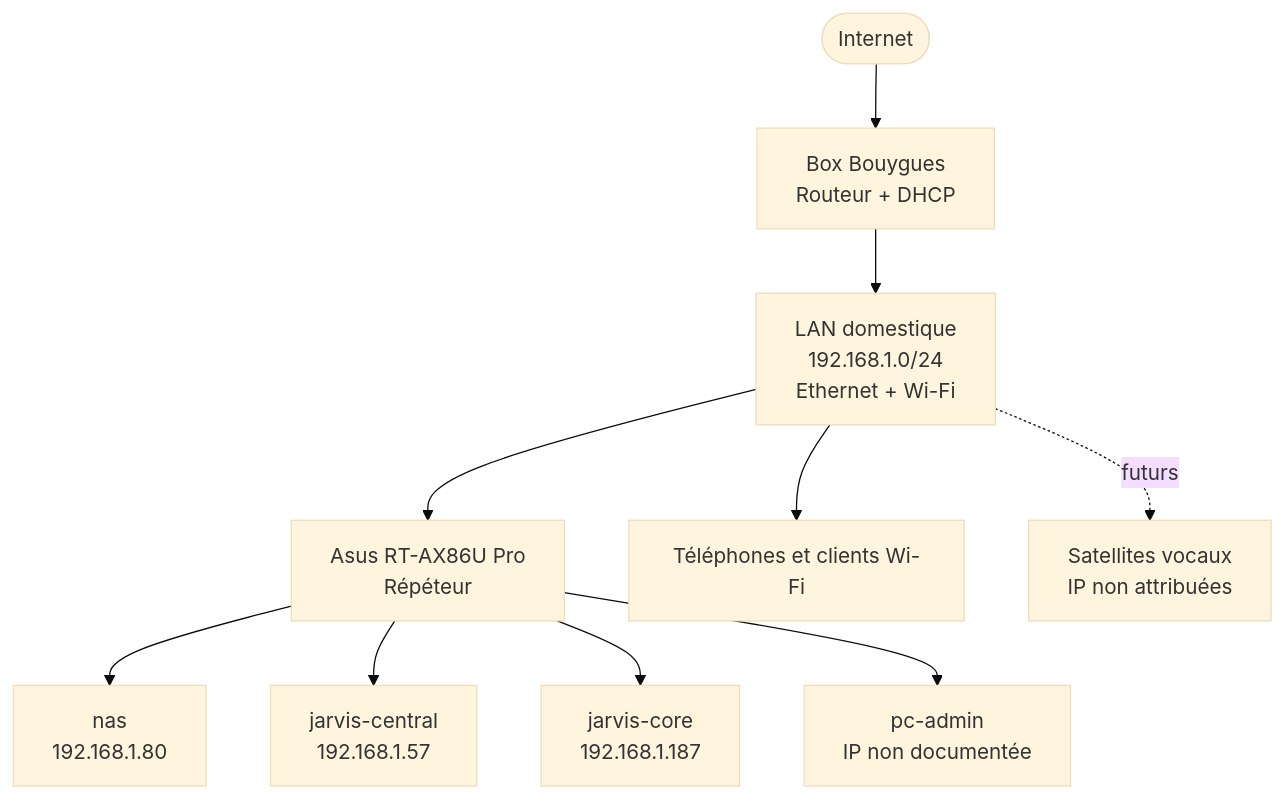
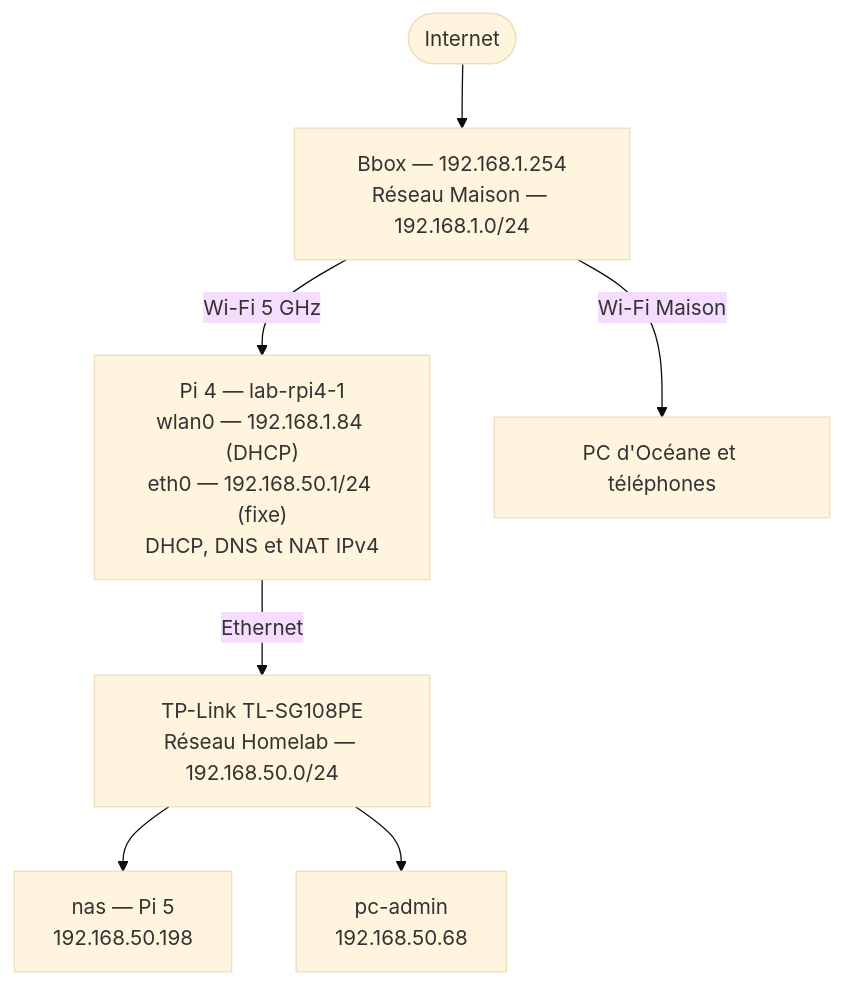
One commit to LaoTseu0/homelab changed the first of 5 diagrams in reference-homelab.md. Above: the diagram before and after it, drawn with Mermaid (base theme). The commit also changed other lines of this file and 112 other files, not shown here.

Commit message:
Structurer le homelab et déployer lab-studio avec Ansible

````diff
--- a/reference-homelab.md
+++ b/reference-homelab.md
@@ -58,15 +59,14 @@
 ```mermaid
 flowchart TB
     Internet(["Internet"])
-    Box["Box Bouygues<br/>Routeur + DHCP"]
-    LAN["LAN domestique<br/>192.168.1.0/24<br/>Ethernet + Wi-Fi"]
-    Asus["Asus RT-AX86U Pro<br/>Répéteur"]
+    Box["Bbox — 192.168.1.254<br/>Réseau Maison — 192.168.1.0/24"]
+    Pi4["Pi 4 — lab-rpi4-1<br/>wlan0 — 192.168.1.84 (DHCP)<br/>eth0 — 192.168.50.1/24 (fixe)<br/>DHCP, DNS et NAT IPv4"]
+    Switch["TP-Link TL-SG108PE<br/>Réseau Homelab — 192.168.50.0/24"]
 
-    Internet --> Box --> LAN --> Asus
-    Asus --> NAS["nas<br/>192.168.1.80"]
-    Asus --> Central["jarvis-central<br/>192.168.1.57"]
-    Asus --> Core["jarvis-core<br/>192.168.1.187"]
-    Asus --> Admin["pc-admin<br/>IP non documentée"]
-    LAN --> Family["Téléphones et clients Wi-Fi"]
-    LAN -.->|"futurs"| Satellites["Satellites vocaux<br/>IP non attribuées"]
+    Internet --> Box
+    Box -->|"Wi-Fi Maison"| Family["PC d'Océane et téléphones"]
+    Box -->|"Wi-Fi 5 GHz"| Pi4
+    Pi4 -->|"Ethernet"| Switch
+    Switch --> NAS["nas — Pi 5<br/>192.168.50.198"]
+    Switch --> Admin["pc-admin<br/>192.168.50.68"]
 ```
````
